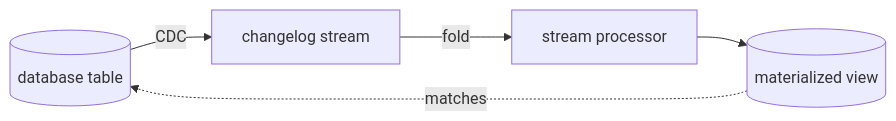
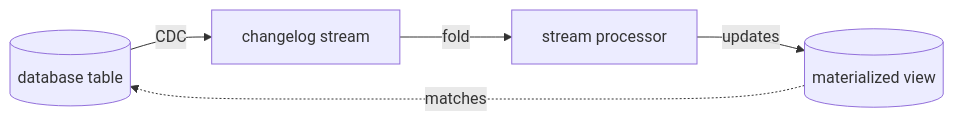
The eighth of 19 diagrams in docs/ch06-streams-and-tables.md (vinayakuber/streaming-systems-study-guide), drawn with Mermaid before and after one commit. The commit also changed other lines of this file and 22 other files, not shown here.

First line of the commit message:
R18: label every diagram arrow with its meaning

````diff
--- a/docs/ch06-streams-and-tables.md
+++ b/docs/ch06-streams-and-tables.md
@@ -187,7 +187,7 @@
 ```mermaid
 flowchart LR
   D[(database table)] -->|CDC| C["changelog stream"]
   C -->|fold| P["stream processor"]
-  P --> V[(materialized view)]
+  P -->|"updates"| V[(materialized view)]
   V -.matches.-> D
 ```
````
